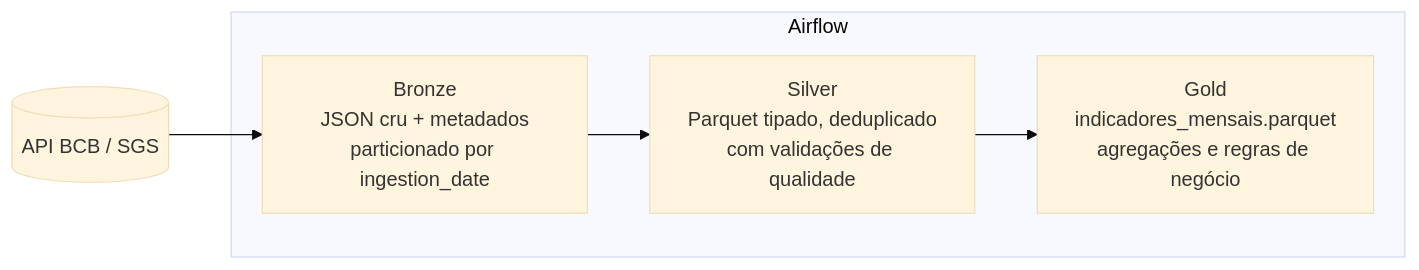
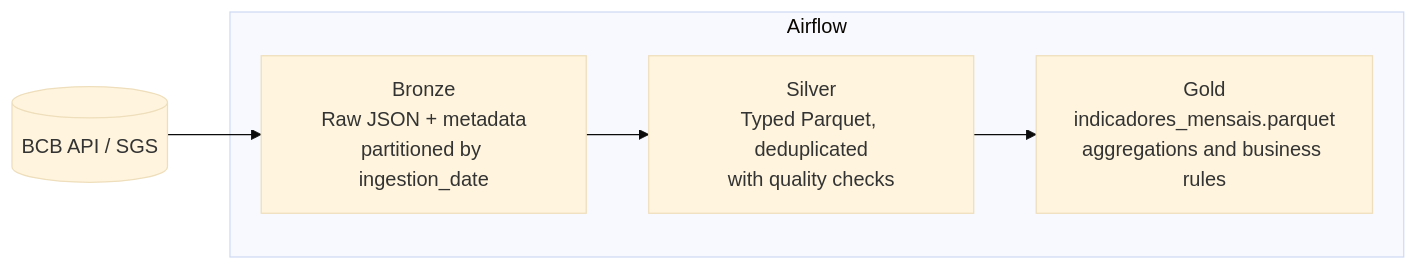
The diagram in README.md (eduardo22214/bcb-medallion-pipeline), drawn with Mermaid (base theme) before and after one commit. The commit also changed other lines of this file, not shown here.

````diff
--- a/README.md
+++ b/README.md
@@ -9,11 +18,11 @@
 ```mermaid
 flowchart LR
-    API[(API BCB / SGS)] --> B[Bronze<br/>JSON cru + metadados<br/>particionado por ingestion_date]
-    B --> S[Silver<br/>Parquet tipado, deduplicado<br/>com validações de qualidade]
-    S --> G[Gold<br/>indicadores_mensais.parquet<br/>agregações e regras de negócio]
+    API[(BCB API / SGS)] --> B[Bronze<br/>Raw JSON + metadata<br/>partitioned by ingestion_date]
+    B --> S[Silver<br/>Typed Parquet, deduplicated<br/>with quality checks]
+    S --> G[Gold<br/>indicadores_mensais.parquet<br/>aggregations and business rules]
     subgraph Airflow
       B
       S
       G
     end
 ```
````
